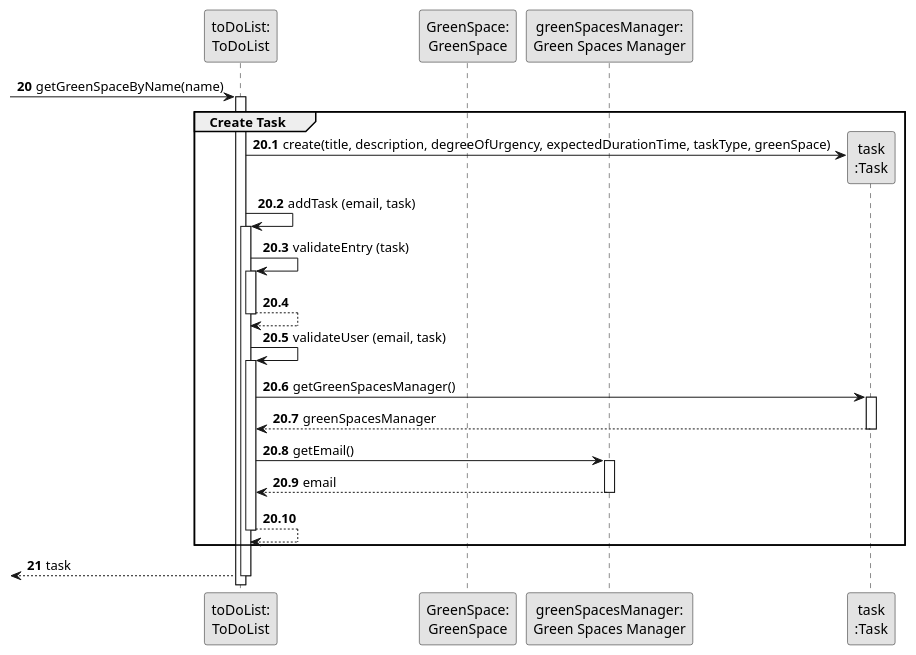
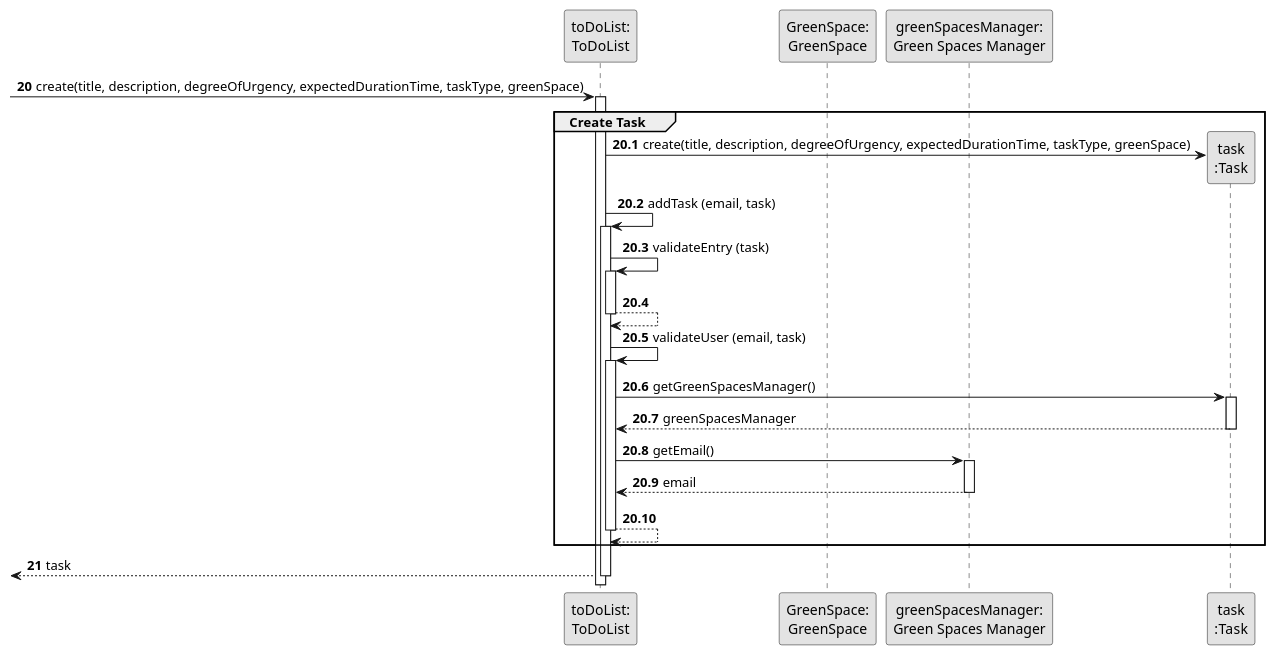
Before and after one commit to daniel41silva05/ISEP_2023_2024_LAPR2: the diagram in docs/sprintA&B&C/us021/03.design/puml/us021-sequence-diagram-partial-create-task.puml, drawn with PlantUML. The commit also changed 29 other files, not shown here.

```diff
--- a/docs/sprintA&B&C/us021/03.design/puml/us021-sequence-diagram-partial-create-task.puml
+++ b/docs/sprintA&B&C/us021/03.design/puml/us021-sequence-diagram-partial-create-task.puml
@@ -1,56 +1,56 @@
 @startuml
 skinparam monochrome true
 skinparam packageStyle rectangle
 skinparam shadowing false
 
 autonumber
 
 'hide footbox
 
 participant "toDoList:\nToDoList" as toDoList
 participant "GreenSpace:\nGreenSpace" as greenSpace
 participant "greenSpacesManager:\nGreen Spaces Manager" as USER
 participant "task\n:Task" as TASK
 
 autonumber 20
 
- -> toDoList : getGreenSpaceByName(name)
+ -> toDoList : create(title, description, degreeOfUrgency, expectedDurationTime, taskType, greenSpace)
 autonumber 20.1
 activate toDoList
     group Create Task
 
             toDoList -> TASK** : create(title, description, degreeOfUrgency, expectedDurationTime, taskType, greenSpace)
 
                             toDoList -> toDoList: addTask (email, task)
                             activate toDoList
 
                             toDoList -> toDoList: validateEntry (task)
                             activate toDoList
 
                             toDoList --> toDoList
                             deactivate toDoList
 
                             toDoList -> toDoList: validateUser (email, task)
                             activate toDoList
 
                                 toDoList -> TASK: getGreenSpacesManager()
                                 activate TASK
 
                                 TASK --> toDoList: greenSpacesManager
                                 deactivate TASK
 
                                 toDoList -> USER: getEmail()
                                 activate USER
 
                                 USER --> toDoList: email
                                 deactivate USER
 
                             toDoList --> toDoList
                             deactivate toDoList
 
     end
     autonumber 21
     <-- toDoList  : task
 deactivate toDoList
 
 @enduml
```
